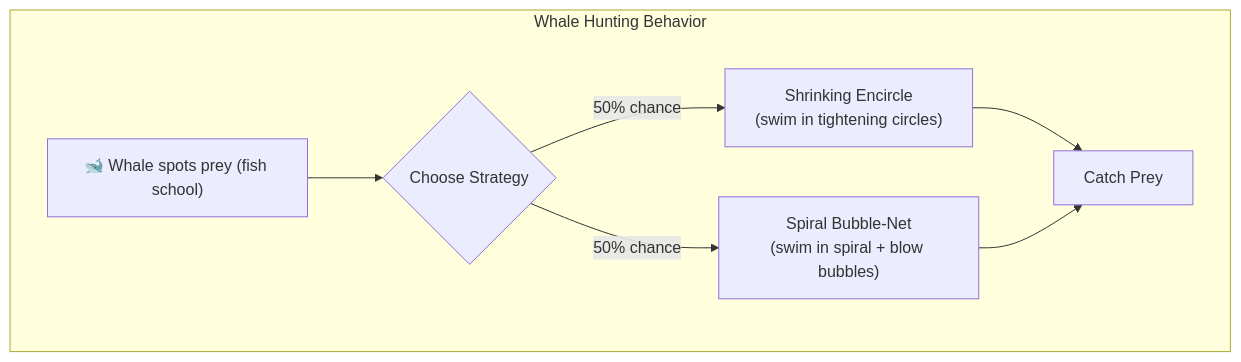
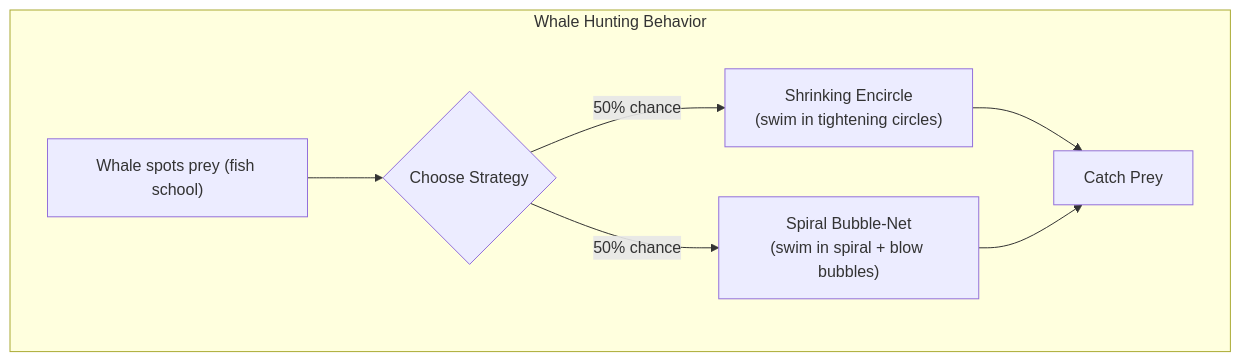
The second of 6 diagrams in docs/project_explanation.md (lakshuki63/RA-WOA), drawn with Mermaid before and after one commit. The commit also changed other lines of this file and 8 other files, not shown here.

````diff
--- a/docs/project_explanation.md
+++ b/docs/project_explanation.md
@@ -87,10 +87,10 @@
 ```mermaid
 graph TD
     subgraph Whale Hunting Behavior
-        A["🐋 Whale spots prey (fish school)"] --> B{"Choose Strategy"}
+        A[" Whale spots prey (fish school)"] --> B{"Choose Strategy"}
         B -->|"50% chance"| C["Shrinking Encircle\n(swim in tightening circles)"]
         B -->|"50% chance"| D["Spiral Bubble-Net\n(swim in spiral + blow bubbles)"]
         C --> E["Catch Prey"]
         D --> E
     end
 ```
````
